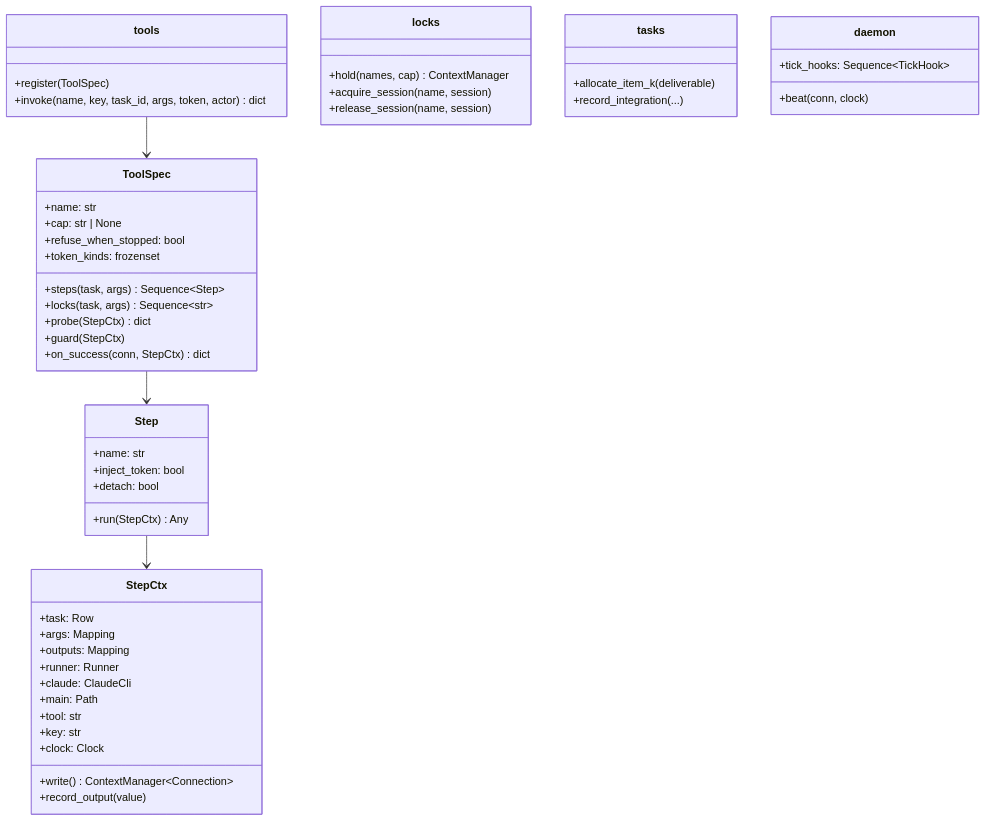
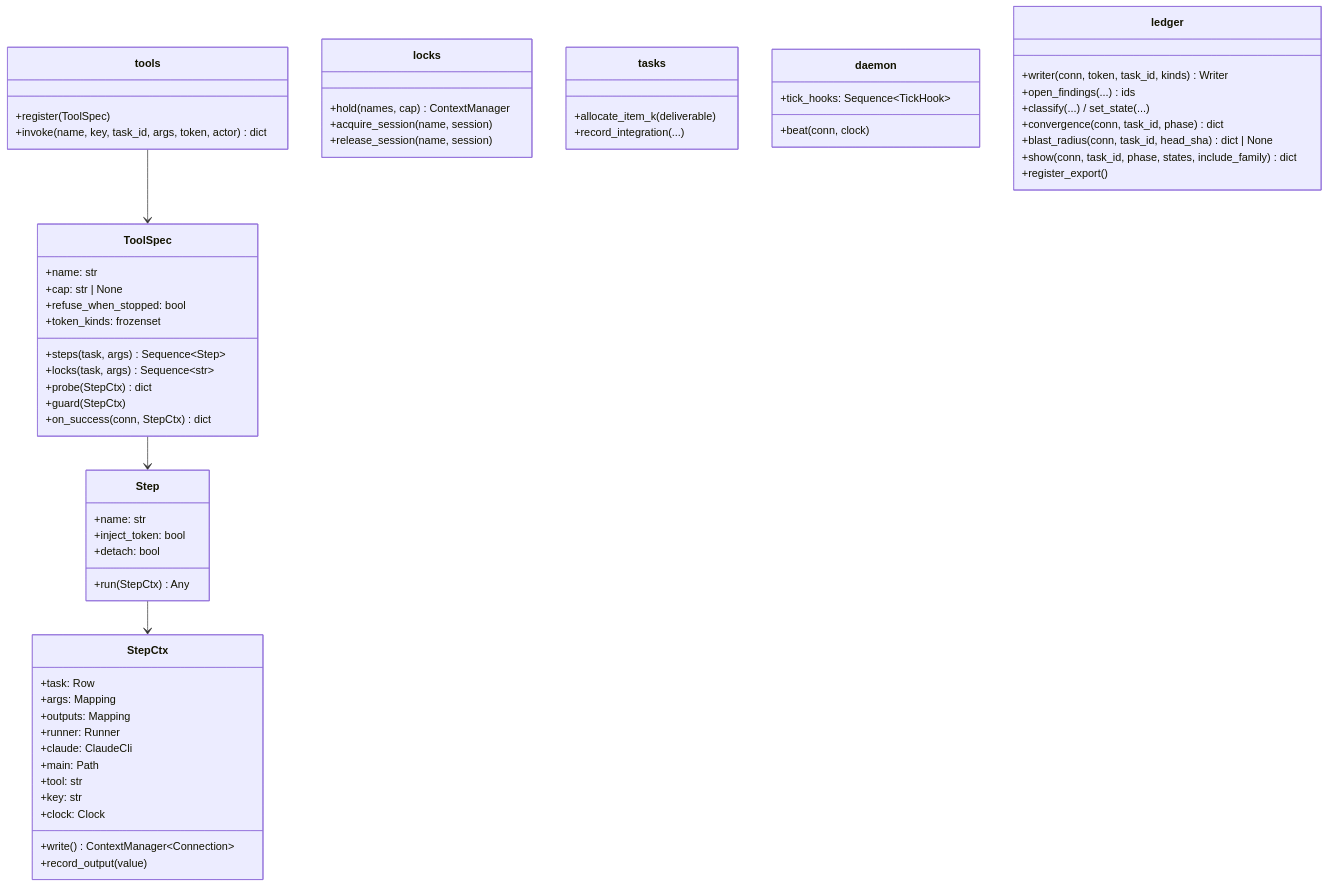
Diagram 13 of 21 in docs/workflow/control-plane-diagrams.md (tmenguy/quiet-solar), drawn with Mermaid before and after one commit. The commit also changed other lines of this file and 20 other files, not shown here.

````diff
--- a/docs/workflow/control-plane-diagrams.md
+++ b/docs/workflow/control-plane-diagrams.md
@@ -447,53 +529,62 @@
 ```mermaid
 classDiagram
     class ToolSpec {
         +name: str
         +steps(task, args) Sequence~Step~
         +locks(task, args) Sequence~str~
         +cap: str | None
         +probe(StepCtx) dict
         +guard(StepCtx)
         +on_success(conn, StepCtx) dict
         +refuse_when_stopped: bool
         +token_kinds: frozenset
     }
     class Step {
         +name: str
         +run(StepCtx) Any
         +inject_token: bool
         +detach: bool
     }
     class StepCtx {
         +task: Row
         +args: Mapping
         +outputs: Mapping
         +runner: Runner
         +claude: ClaudeCli
         +main: Path
         +tool: str
         +key: str
         +clock: Clock
         +write() ContextManager~Connection~
         +record_output(value)
     }
     class tools {
         +register(ToolSpec)
         +invoke(name, key, task_id, args, token, actor) dict
     }
     class locks {
         +hold(names, cap) ContextManager
         +acquire_session(name, session)
         +release_session(name, session)
     }
     class tasks {
         +allocate_item_k(deliverable)
         +record_integration(...)
     }
     class daemon {
         +tick_hooks: Sequence~TickHook~
         +beat(conn, clock)
     }
+    class ledger {
+        +writer(conn, token, task_id, kinds) Writer
+        +open_findings(...) ids
+        +classify(...) / set_state(...)
+        +convergence(conn, task_id, phase) dict
+        +blast_radius(conn, task_id, head_sha) dict | None
+        +show(conn, task_id, phase, states, include_family) dict
+        +register_export()
+    }
     tools --> ToolSpec
     ToolSpec --> Step
     Step --> StepCtx
 ```
````
